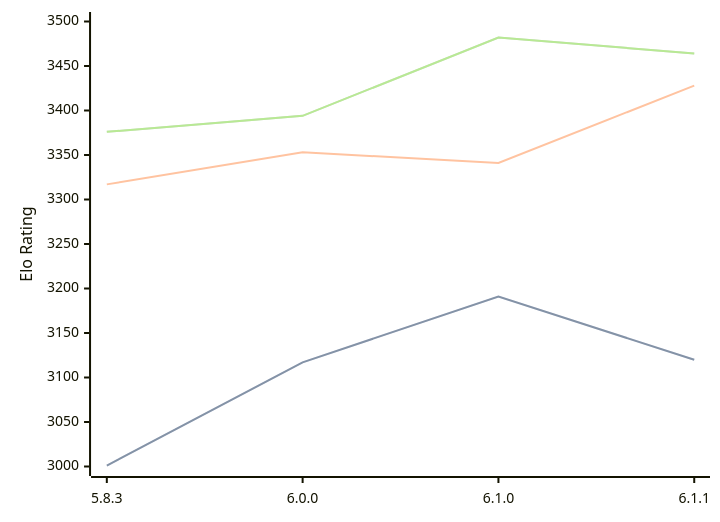
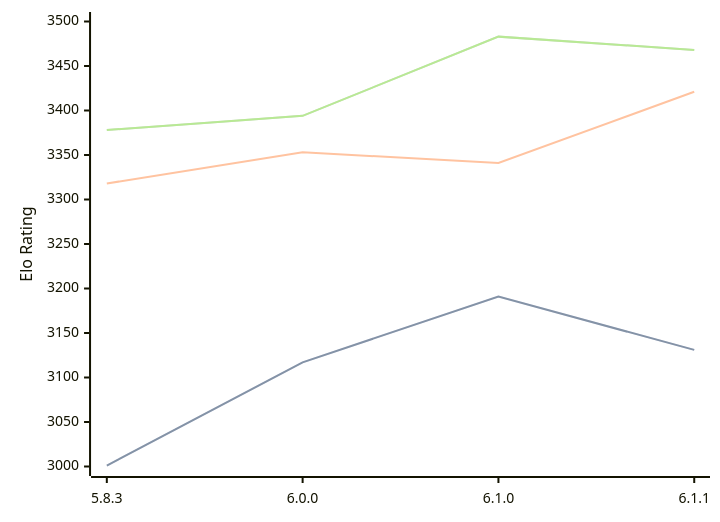
The diagram in engines/Zigqueen.md (computer-chess-index/cci), drawn with Mermaid before and after one commit. The commit also changed other lines of this file, not shown here.

Commit message:
Update CCI Ratings (ELO VLTC) - 2026-09-07

````diff
--- a/engines/Zigqueen.md
+++ b/engines/Zigqueen.md
@@ -37,11 +37,11 @@
 ```mermaid
 %%{init: {"theme":"base","themeVariables":{"seriesColors:['#a3a3a3','#222221','#faa371']}}}%%
 xychart-beta
   x-axis ["5.8.3", "6.0.0", "6.1.0", "6.1.1"]
   y-axis "Elo Rating" 3000 --> 3500
-  line "" [3001, 3117, 3191, 3120]
-  line "STC (8.0+0.08s)" [3001, 3117, 3191, 3120]
-  line "LTC (60.0+0.60s)" [3317, 3353, 3341, 3428]
-  line "" [3376, 3394, 3482, 3464]
-  line "VLTC (2m24s+1.12s)" [3376, 3394, 3482, 3464]
+  line "" [3001, 3117, 3191, 3131]
+  line "STC (8.0+0.08s)" [3001, 3117, 3191, 3131]
+  line "LTC (60.0+0.60s)" [3318, 3353, 3341, 3421]
+  line "" [3378, 3394, 3483, 3468]
+  line "VLTC (2m24s+1.12s)" [3378, 3394, 3483, 3468]
 ```
````
